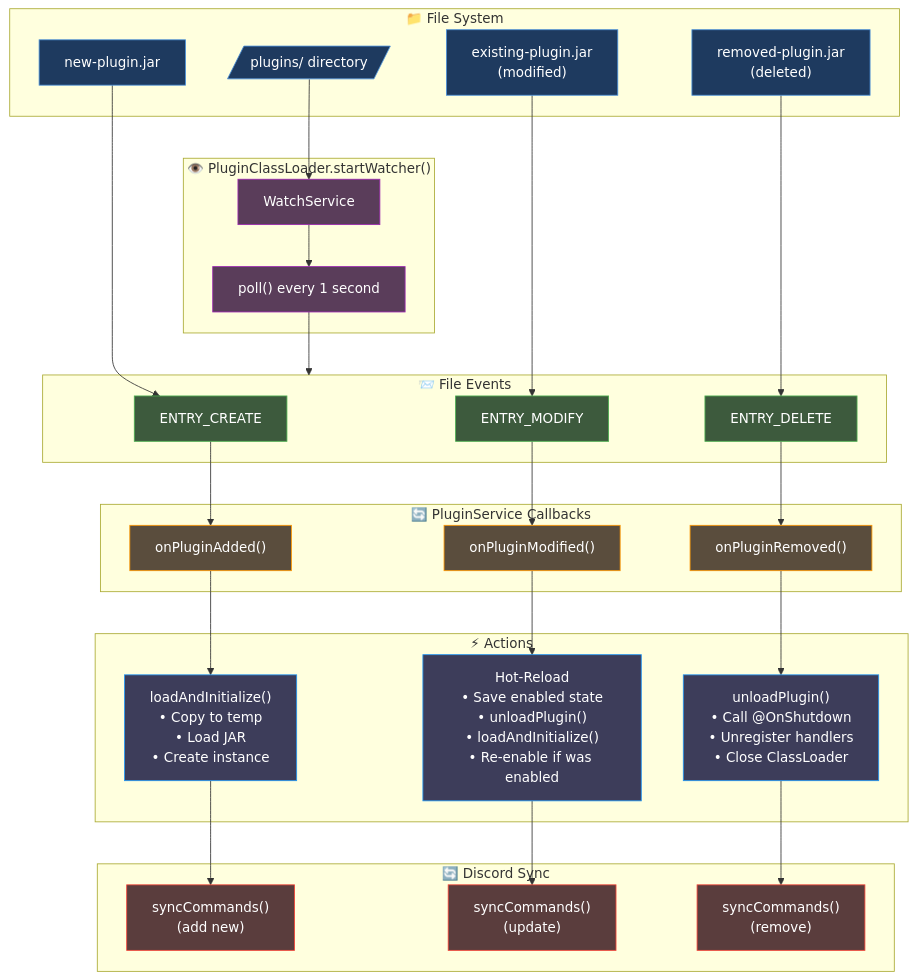
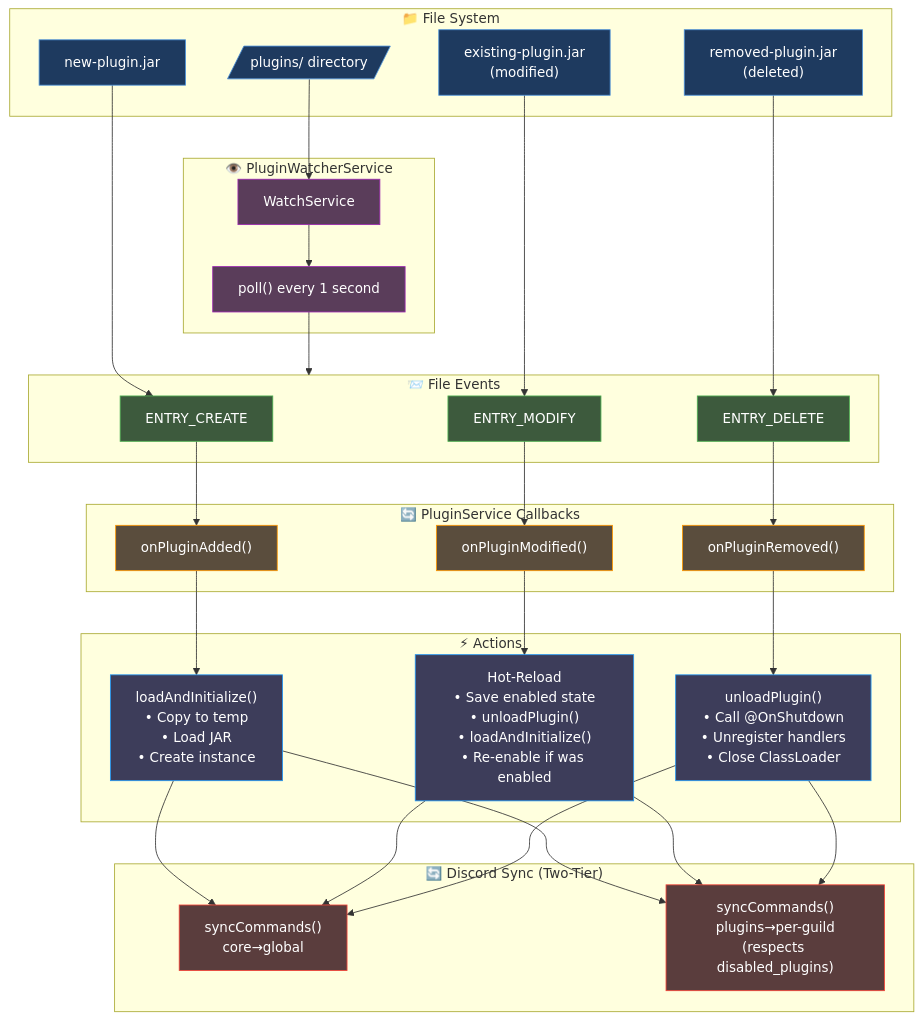
The diagram in docs/flowchart/architecture/PluginHotfix.mermaid (Zazalng/Pudel-Spring-Boot), drawn with Mermaid before and after one commit. The commit also changed 213 other files, not shown here.

First line of the commit message:
Implements v2.1.1-rc1  - Plugin isolation: Each guild can disable plugin from admin enabled pool  - Dynamic Branding: Allow fork / self-hosted to describe branding name without touch coding  - Rewrite architecture docs  - OpenAPI Swagger UI

```diff
--- a/docs/flowchart/architecture/PluginHotfix.mermaid
+++ b/docs/flowchart/architecture/PluginHotfix.mermaid
@@ -1,80 +1,82 @@
-%% Pudel Plugin Hot-Reload v2.0.0
+%% Pudel Plugin Hot-Reload vWorld Standard.group
 
 flowchart TD
     subgraph FileSystem["📁 File System"]
         PLUGINS_DIR[/"plugins/ directory"/]
         JAR_NEW["new-plugin.jar"]
         JAR_MODIFY["existing-plugin.jar<br/>(modified)"]
         JAR_DELETE["removed-plugin.jar<br/>(deleted)"]
     end
 
-    subgraph Watcher["👁️ PluginClassLoader.startWatcher()"]
+    subgraph Watcher["👁️ PluginWatcherService"]
         WATCH["WatchService"]
         POLL["poll() every 1 second"]
     end
 
     subgraph Events["📨 File Events"]
         CREATE["ENTRY_CREATE"]
         MODIFY["ENTRY_MODIFY"]
         DELETE["ENTRY_DELETE"]
     end
 
     subgraph Callbacks["🔄 PluginService Callbacks"]
         ON_ADD["onPluginAdded()"]
         ON_MOD["onPluginModified()"]
         ON_REM["onPluginRemoved()"]
     end
 
     subgraph Actions["⚡ Actions"]
         LOAD["loadAndInitialize()<br/>• Copy to temp<br/>• Load JAR<br/>• Create instance"]
 
         RELOAD["Hot-Reload<br/>• Save enabled state<br/>• unloadPlugin()<br/>• loadAndInitialize()<br/>• Re-enable if was enabled"]
 
         UNLOAD["unloadPlugin()<br/>• Call @OnShutdown<br/>• Unregister handlers<br/>• Close ClassLoader"]
     end
 
-    subgraph Sync["🔄 Discord Sync"]
-        SYNC_ADD["syncCommands()<br/>(add new)"]
-        SYNC_UPDATE["syncCommands()<br/>(update)"]
-        SYNC_REMOVE["syncCommands()<br/>(remove)"]
+    subgraph Sync["🔄 Discord Sync (Two-Tier)"]
+        SYNC_GLOBAL["syncCommands()<br/>core→global"]
+        SYNC_GUILDS["syncCommands()<br/>plugins→per-guild<br/>(respects disabled_plugins)"]
     end
 
     %% File system connections
     PLUGINS_DIR --> WATCH
     JAR_NEW --> CREATE
     JAR_MODIFY --> MODIFY
     JAR_DELETE --> DELETE
 
     %% Watcher loop
     WATCH --> POLL
     POLL --> Events
 
     %% Events to callbacks
     CREATE --> ON_ADD
     MODIFY --> ON_MOD
     DELETE --> ON_REM
 
     %% Callbacks to actions
     ON_ADD --> LOAD
     ON_MOD --> RELOAD
     ON_REM --> UNLOAD
 
     %% Actions to sync
-    LOAD --> SYNC_ADD
-    RELOAD --> SYNC_UPDATE
-    UNLOAD --> SYNC_REMOVE
+    LOAD --> SYNC_GLOBAL
+    LOAD --> SYNC_GUILDS
+    RELOAD --> SYNC_GLOBAL
+    RELOAD --> SYNC_GUILDS
+    UNLOAD --> SYNC_GLOBAL
+    UNLOAD --> SYNC_GUILDS
 
     %% Styling
     classDef file fill:#1e3a5f,stroke:#4a90d9,color:#fff
     classDef watcher fill:#5a3d5a,stroke:#9c27b0,color:#fff
     classDef event fill:#3d5a3d,stroke:#4CAF50,color:#fff
     classDef callback fill:#5a4d3d,stroke:#ff9800,color:#fff
     classDef action fill:#3d3d5a,stroke:#2196F3,color:#fff
     classDef sync fill:#5a3d3d,stroke:#f44336,color:#fff
 
     class PLUGINS_DIR,JAR_NEW,JAR_MODIFY,JAR_DELETE file
     class WATCH,POLL watcher
     class CREATE,MODIFY,DELETE event
     class ON_ADD,ON_MOD,ON_REM callback
     class LOAD,RELOAD,UNLOAD action
-    class SYNC_ADD,SYNC_UPDATE,SYNC_REMOVE sync
+    class SYNC_GLOBAL,SYNC_GUILDS sync
```
